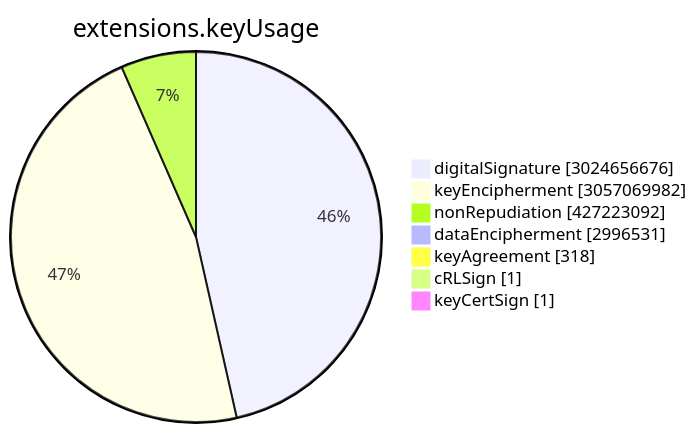
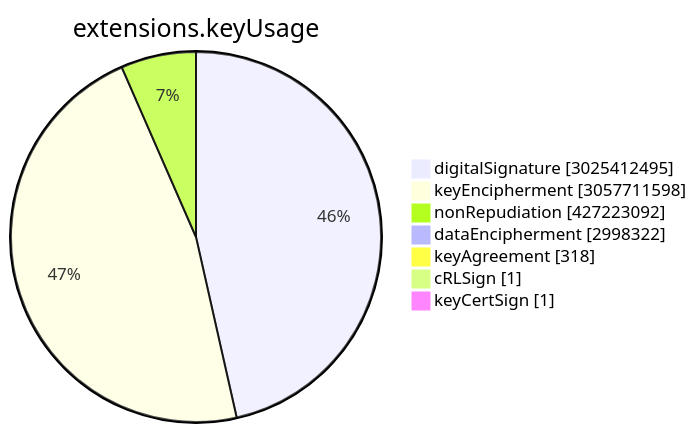
Before and after one commit to christiankrug/ctmonitor_visualization: the sixth of 15 diagrams in TOTAL/README.md, drawn with Mermaid. The commit also changed other lines of this file, not shown here.

````diff
--- a/TOTAL/README.md
+++ b/TOTAL/README.md
@@ -3075,11 +3075,11 @@
 ```mermaid
 pie showData
 title extensions.keyUsage
-"digitalSignature" :3024656676
-"keyEncipherment" :3057069982
+"digitalSignature" :3025412495
+"keyEncipherment" :3057711598
 "nonRepudiation" :427223092
-"dataEncipherment" :2996531
+"dataEncipherment" :2998322
 "keyAgreement" :318
 "cRLSign" :1
 "keyCertSign" :1
 ```
````
